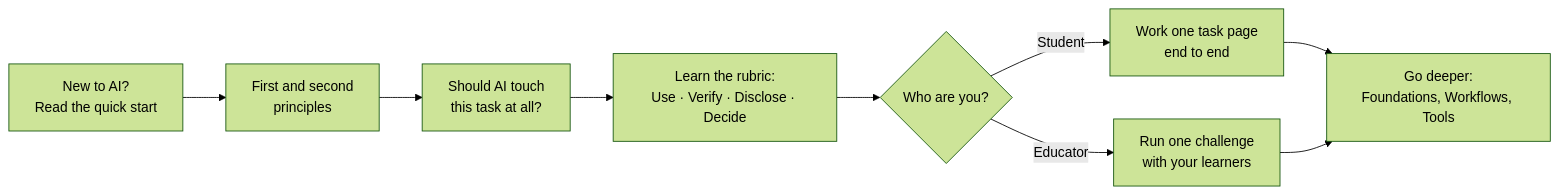
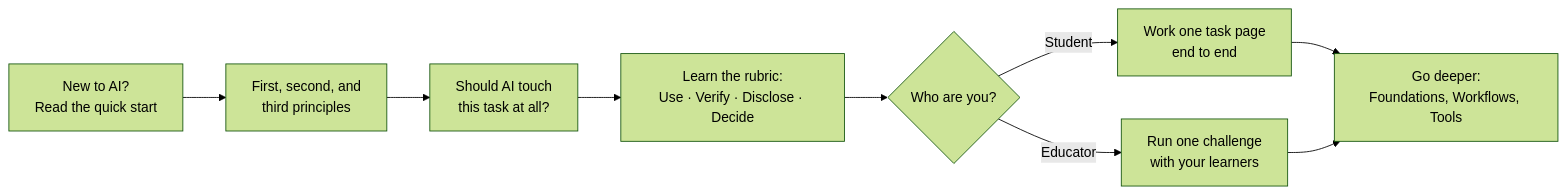
One commit to clarkngo/applied-ai-field-guide changed the first of 2 diagrams in docs/start-here/index.md. Above: the diagram before and after it, drawn with Mermaid (forest theme). The commit also changed other lines of this file and 8 other files, not shown here.

Commit message:
Link third principles across the guide and renumber Start Here

````diff
--- a/docs/start-here/index.md
+++ b/docs/start-here/index.md
@@ -40,11 +40,11 @@
 ```mermaid
 flowchart LR
-  A["New to AI?<br/>Read the quick start"] --> FP["First and second<br/>principles"]
+  A["New to AI?<br/>Read the quick start"] --> FP["First, second, and<br/>third principles"]
   FP --> B["Should AI touch<br/>this task at all?"]
   B --> C["Learn the rubric:<br/>Use · Verify · Disclose · Decide"]
   C --> D{"Who are you?"}
   D -->|Student| E["Work one task page<br/>end to end"]
   D -->|Educator| F["Run one challenge<br/>with your learners"]
   E --> G["Go deeper:<br/>Foundations, Workflows, Tools"]
   F --> G
 ```
````
